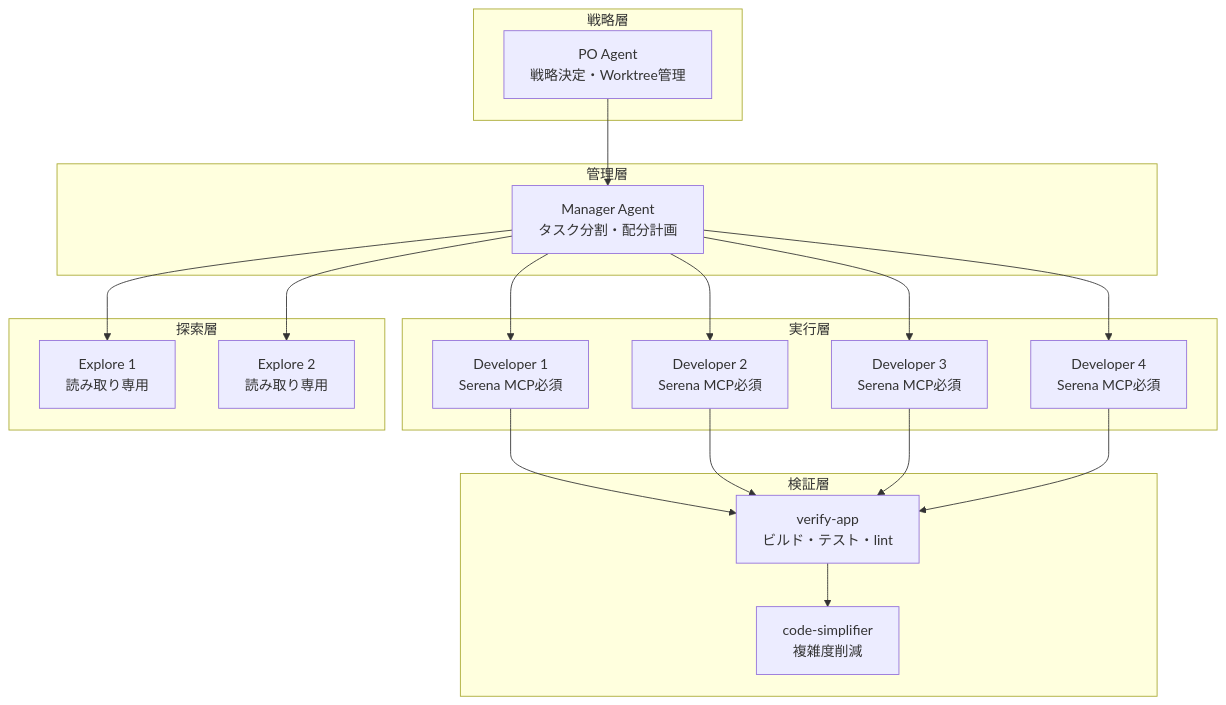
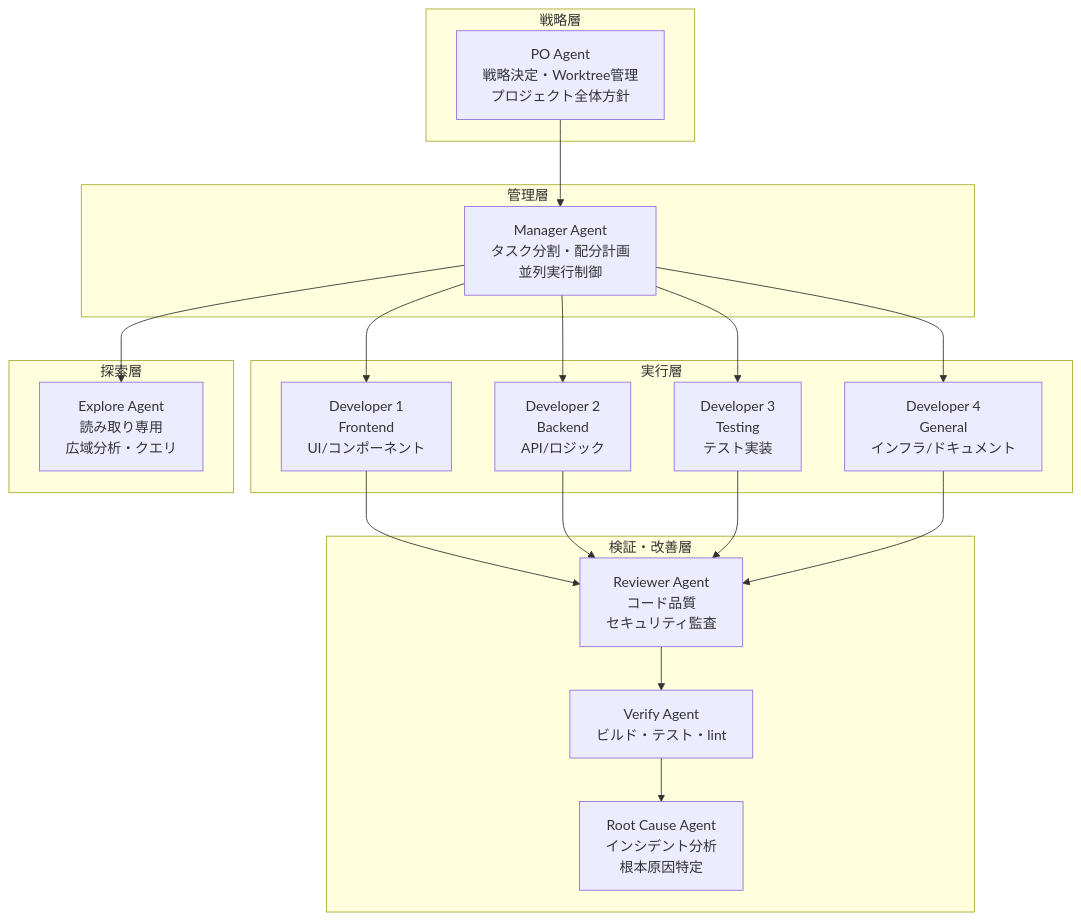
The first of 3 diagrams in claude-code/references/AGENT-FLOWCHART.md (DaichiHoshina/ai-tools), drawn with Mermaid before and after one commit. The commit also changed other lines of this file and 16 other files, not shown here.

````diff
--- a/claude-code/references/AGENT-FLOWCHART.md
+++ b/claude-code/references/AGENT-FLOWCHART.md
@@ -33,33 +7,34 @@
 ```mermaid
 flowchart TD
     subgraph "戦略層"
-        PO[PO Agent<br/>戦略決定・Worktree管理]
+        PO[PO Agent<br/>戦略決定・Worktree管理<br/>プロジェクト全体方針]
     end
 
     subgraph "管理層"
-        Manager[Manager Agent<br/>タスク分割・配分計画]
+        Manager[Manager Agent<br/>タスク分割・配分計画<br/>並列実行制御]
     end
 
     subgraph "実行層"
-        Dev1[Developer 1<br/>Serena MCP必須]
-        Dev2[Developer 2<br/>Serena MCP必須]
-        Dev3[Developer 3<br/>Serena MCP必須]
-        Dev4[Developer 4<br/>Serena MCP必須]
+        Dev1[Developer 1<br/>Frontend<br/>UI/コンポーネント]
+        Dev2[Developer 2<br/>Backend<br/>API/ロジック]
+        Dev3[Developer 3<br/>Testing<br/>テスト実装]
+        Dev4[Developer 4<br/>General<br/>インフラ/ドキュメント]
     end
 
     subgraph "探索層"
-        Exp1[Explore 1<br/>読み取り専用]
-        Exp2[Explore 2<br/>読み取り専用]
+        Explore[Explore Agent<br/>読み取り専用<br/>広域分析・クエリ]
     end
 
-    subgraph "検証層"
-        Verify[verify-app<br/>ビルド・テスト・lint]
-        Simplify[code-simplifier<br/>複雑度削減]
+    subgraph "検証・改善層"
+        Reviewer[Reviewer Agent<br/>コード品質<br/>セキュリティ監査]
+        RootCause[Root Cause Agent<br/>インシデント分析<br/>根本原因特定]
+        Verify[Verify Agent<br/>ビルド・テスト・lint]
     end
 
     PO --> Manager
     Manager --> Dev1 & Dev2 & Dev3 & Dev4
-    Manager --> Exp1 & Exp2
-    Dev1 & Dev2 & Dev3 & Dev4 --> Verify
-    Verify --> Simplify
+    Manager --> Explore
+    Dev1 & Dev2 & Dev3 & Dev4 --> Reviewer
+    Reviewer --> Verify
+    Verify --> RootCause
 ```
````
